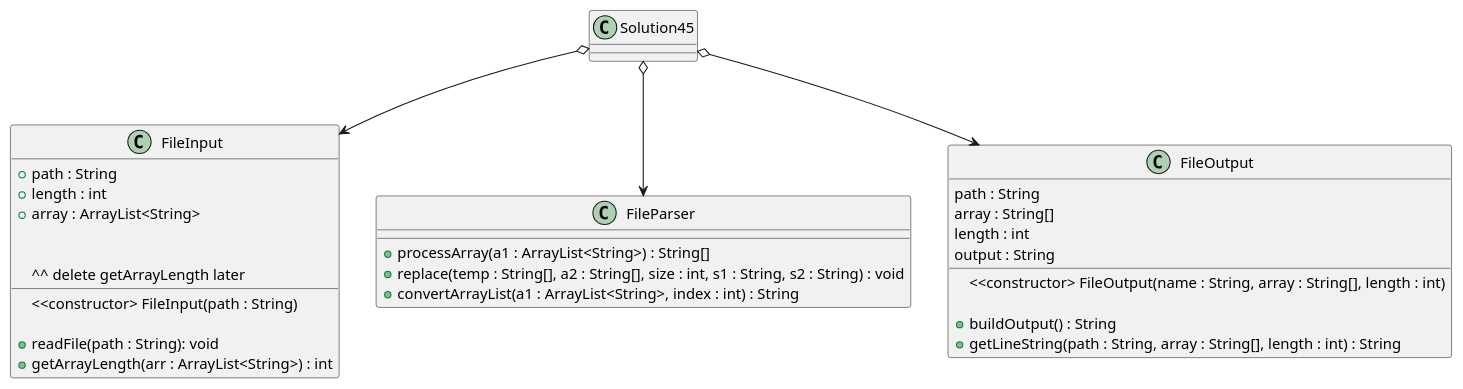
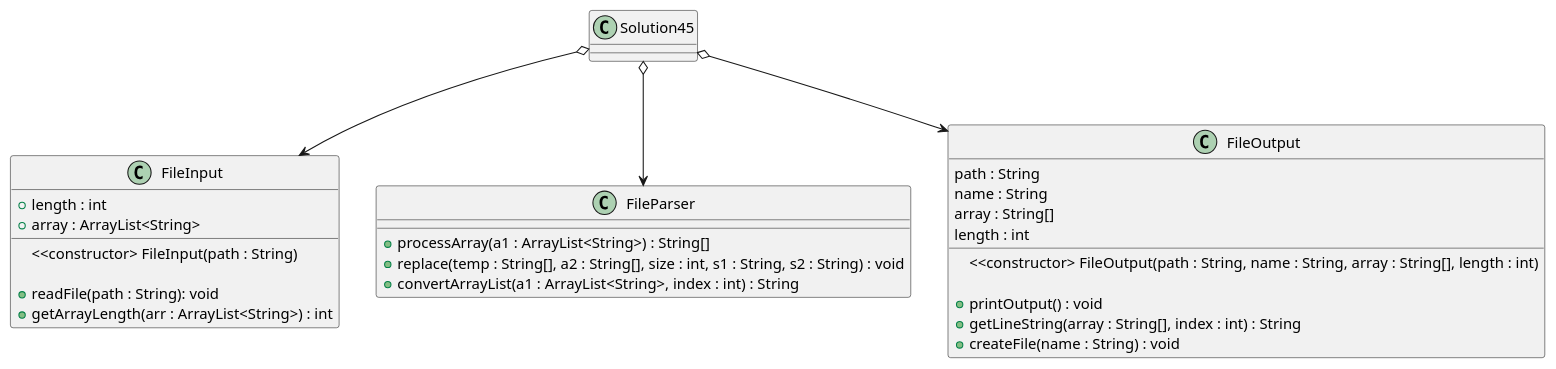
Before and after one commit to GSabiniPanini/little-cop3330-assignment3: the diagram in src/main/java/ex45/ex45.puml, drawn with PlantUML.

Commit message:
Solution45 fixed puml

```diff
--- a/src/main/java/ex45/ex45.puml
+++ b/src/main/java/ex45/ex45.puml
@@ -1,41 +1,41 @@
 @startuml
 'https://plantuml.com/class-diagram
 
 class Solution45 {
 }
 
 class FileInput {
-    + path : String
     + length : int
     + array : ArrayList<String>
 
     <<constructor> FileInput(path : String)
 
     + readFile(path : String): void
     + getArrayLength(arr : ArrayList<String>) : int
-    ^^ delete getArrayLength later
+
 }
 
 class FileParser {
     + processArray(a1 : ArrayList<String>) : String[]
     + replace(temp : String[], a2 : String[], size : int, s1 : String, s2 : String) : void
     + convertArrayList(a1 : ArrayList<String>, index : int) : String
 }
 
 class FileOutput {
     path : String
+    name : String
     array : String[]
     length : int
-    output : String
 
-    <<constructor> FileOutput(name : String, array : String[], length : int)
+    <<constructor> FileOutput(path : String, name : String, array : String[], length : int)
 
-    + buildOutput() : String
-    + getLineString(path : String, array : String[], length : int) : String
+    + printOutput() : void
+    + getLineString(array : String[], index : int) : String
+    + createFile(name : String) : void
 }
 
 Solution45 o--> FileOutput
 Solution45 o--> FileParser
 Solution45 o--> FileInput
 
 @enduml
```
